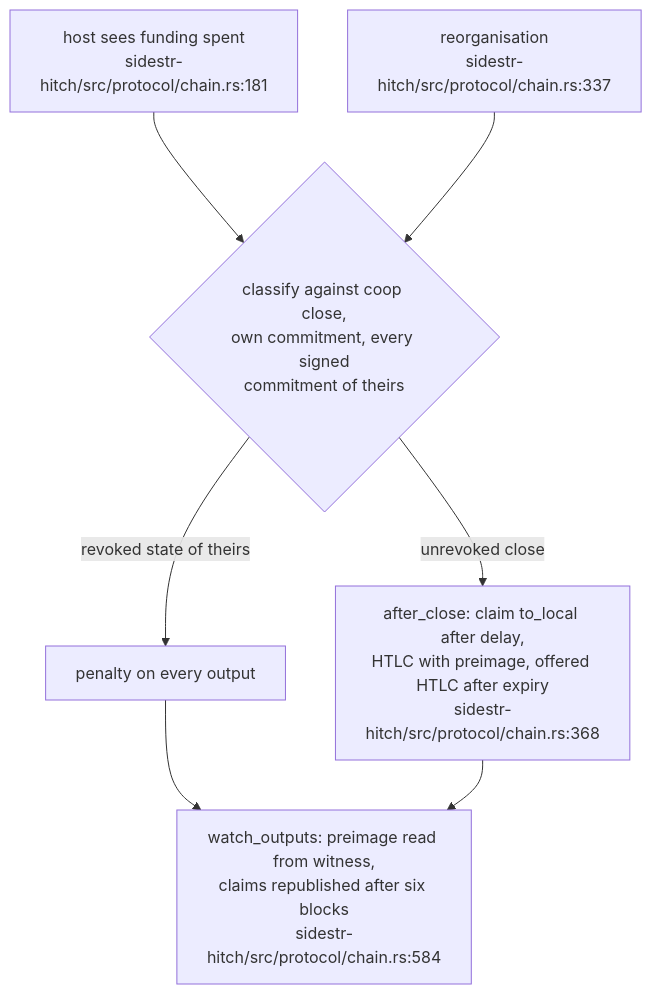
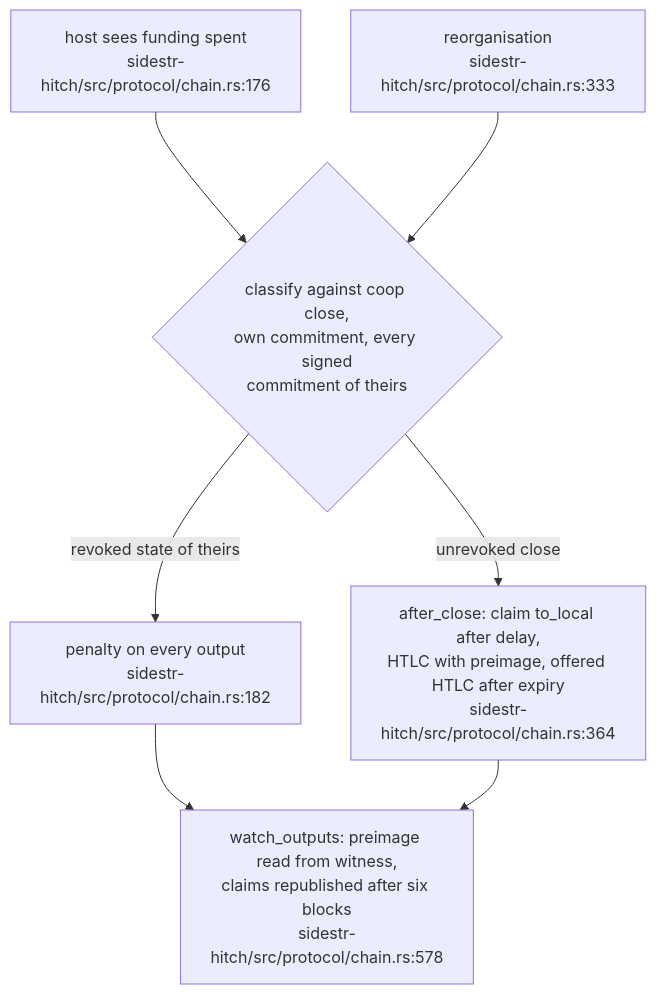
Before and after one commit to DreamLab-AI/VisionFlow: the fourth of 5 diagrams in docs/diagrams/sidestr-rs/04-hitch-channel-kernel-and-host-gap.md, drawn with Mermaid. The commit also changed other lines of this file and 21 other files, not shown here.

Commit message:
docs(diagrams): refresh first verified estate batch

````diff
--- a/docs/diagrams/sidestr-rs/04-hitch-channel-kernel-and-host-gap.md
+++ b/docs/diagrams/sidestr-rs/04-hitch-channel-kernel-and-host-gap.md
@@ -103,9 +103,9 @@
 ```mermaid
 flowchart TB
-    SPEND["host sees funding spent<br/>sidestr-hitch/src/protocol/chain.rs:181"] --> CLS{"classify against coop close,<br/>own commitment, every signed<br/>commitment of theirs"}
-    CLS -->|"revoked state of theirs"| PEN["penalty on every output"]
-    CLS -->|"unrevoked close"| AFTER["after_close: claim to_local after delay,<br/>HTLC with preimage, offered HTLC after expiry<br/>sidestr-hitch/src/protocol/chain.rs:368"]
+    SPEND["host sees funding spent<br/>sidestr-hitch/src/protocol/chain.rs:176"] --> CLS{"classify against coop close,<br/>own commitment, every signed<br/>commitment of theirs"}
+    CLS -->|"revoked state of theirs"| PEN["penalty on every output<br/>sidestr-hitch/src/protocol/chain.rs:182"]
+    CLS -->|"unrevoked close"| AFTER["after_close: claim to_local after delay,<br/>HTLC with preimage, offered HTLC after expiry<br/>sidestr-hitch/src/protocol/chain.rs:364"]
     PEN --> WATCH
-    AFTER --> WATCH["watch_outputs: preimage read from witness,<br/>claims republished after six blocks<br/>sidestr-hitch/src/protocol/chain.rs:584"]
-    REORG["reorganisation<br/>sidestr-hitch/src/protocol/chain.rs:337"] --> CLS
+    AFTER --> WATCH["watch_outputs: preimage read from witness,<br/>claims republished after six blocks<br/>sidestr-hitch/src/protocol/chain.rs:578"]
+    REORG["reorganisation<br/>sidestr-hitch/src/protocol/chain.rs:333"] --> CLS
 ```
````
